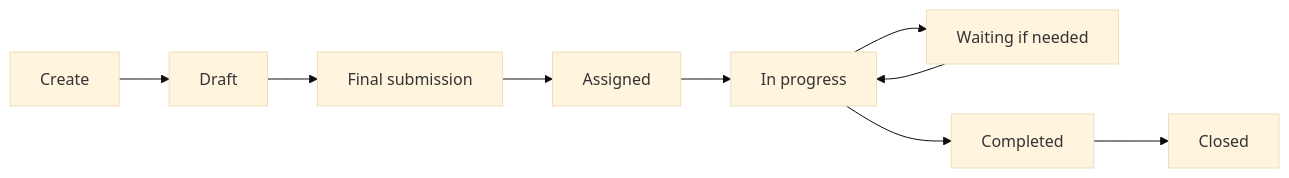
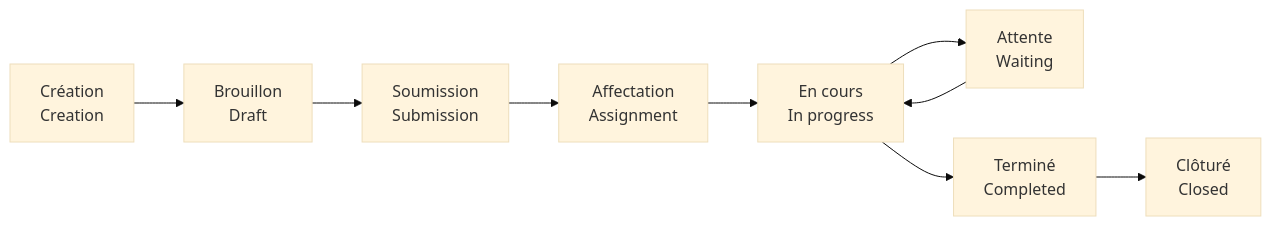
The second of 3 diagrams in projects/power-platform-ticketing-system/docs/ARCHITECTURE.md (jeffersonkuku/jefferson-Mawapanga-Saku), drawn with Mermaid (base theme) before and after one commit. The commit also changed other lines of this file and 13 other files, not shown here.

````diff
--- a/projects/power-platform-ticketing-system/docs/ARCHITECTURE.md
+++ b/projects/power-platform-ticketing-system/docs/ARCHITECTURE.md
@@ -32,11 +31,11 @@
 ```mermaid
 flowchart LR
-    A[Create] --> B[Draft]
-    B --> C[Final submission]
-    C --> D[Assigned]
-    D --> E[In progress]
-    E --> F[Waiting if needed]
+    A[Création<br/>Creation] --> B[Brouillon<br/>Draft]
+    B --> C[Soumission<br/>Submission]
+    C --> D[Affectation<br/>Assignment]
+    D --> E[En cours<br/>In progress]
+    E --> F[Attente<br/>Waiting]
     F --> E
-    E --> G[Completed]
-    G --> H[Closed]
+    E --> G[Terminé<br/>Completed]
+    G --> H[Clôturé<br/>Closed]
 ```
````
